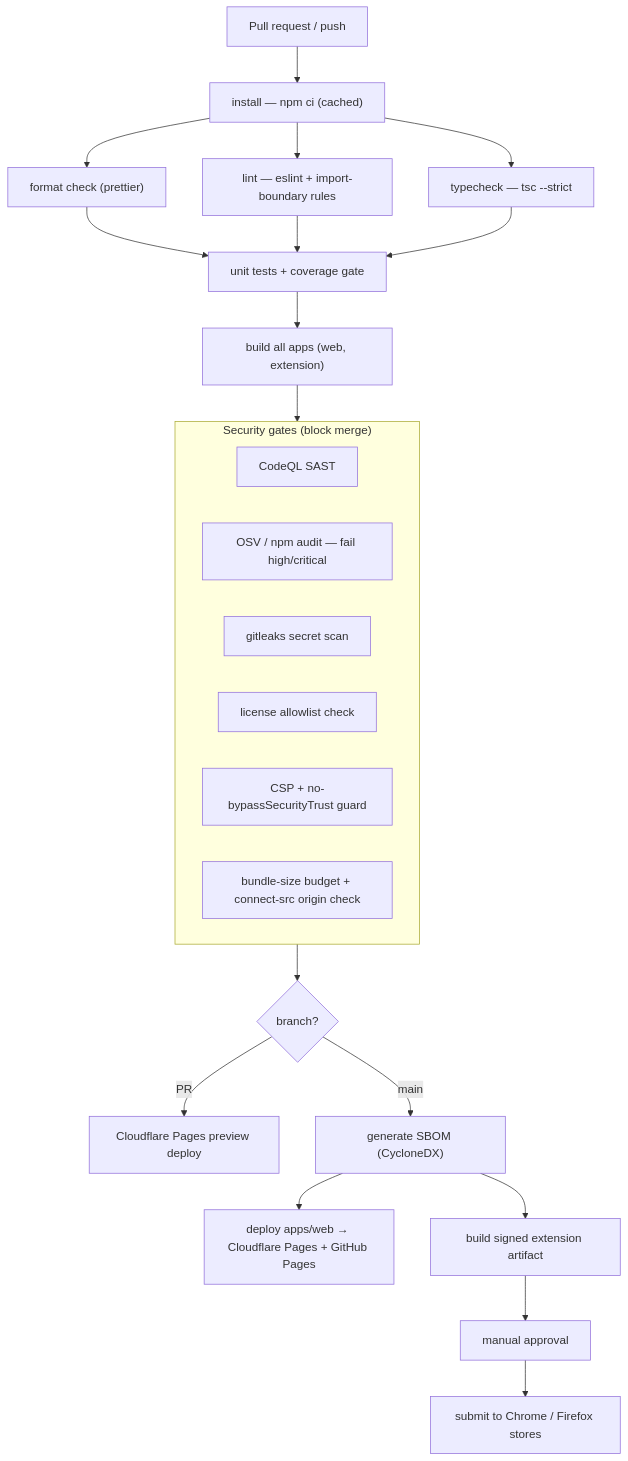
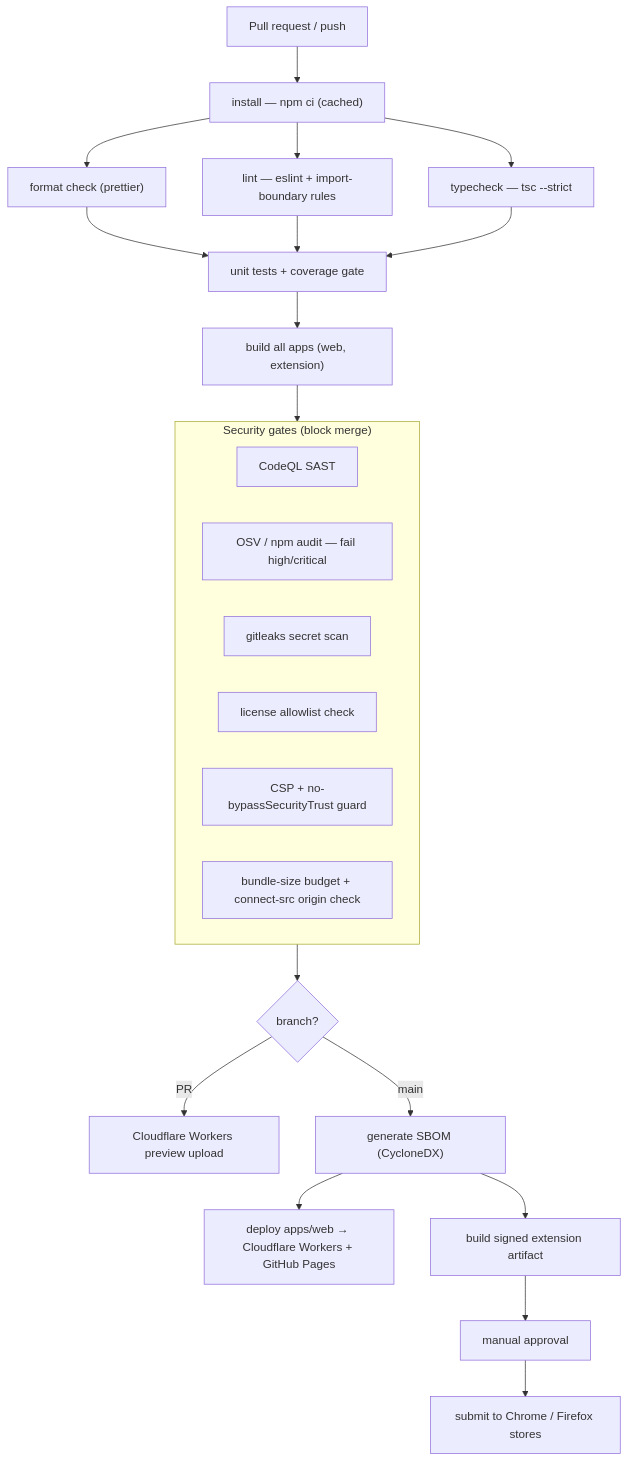
One commit to MahmoudNasserGouda/cairn changed the diagram in docs/ci-cd.md. Above: the diagram before and after it, drawn with Mermaid. The commit also changed other lines of this file and 7 other files, not shown here.

First line of the commit message:
ci(deploy): switch web deploy from Cloudflare Pages to Workers static assets

````diff
--- a/docs/ci-cd.md
+++ b/docs/ci-cd.md
@@ -34,30 +34,30 @@
 ```mermaid
 flowchart TD
     PR["Pull request / push"] --> Install["install — npm ci (cached)"]
     Install --> Format["format check (prettier)"]
     Install --> Lint["lint — eslint + import-boundary rules"]
     Install --> Types["typecheck — tsc --strict"]
     Format --> Test["unit tests + coverage gate"]
     Lint --> Test
     Types --> Test
     Test --> Build["build all apps (web, extension)"]
     Build --> Sec
 
     subgraph Sec["Security gates (block merge)"]
         direction LR
         CodeQL["CodeQL SAST"]
         OSV["OSV / npm audit — fail high/critical"]
         Gitleaks["gitleaks secret scan"]
         License["license allowlist check"]
         CSPGuard["CSP + no-bypassSecurityTrust guard"]
         Bundle["bundle-size budget + connect-src origin check"]
     end
 
     Sec --> PreviewGate{branch?}
-    PreviewGate -- "PR" --> Preview["Cloudflare Pages preview deploy"]
+    PreviewGate -- "PR" --> Preview["Cloudflare Workers preview upload"]
     PreviewGate -- "main" --> SBOM["generate SBOM (CycloneDX)"]
-    SBOM --> DeployWeb["deploy apps/web → Cloudflare Pages + GitHub Pages"]
+    SBOM --> DeployWeb["deploy apps/web → Cloudflare Workers + GitHub Pages"]
     SBOM --> ExtArtifact["build signed extension artifact"]
     ExtArtifact --> ManualGate["manual approval"]
     ManualGate --> StoreSubmit["submit to Chrome / Firefox stores"]
 ```
````
